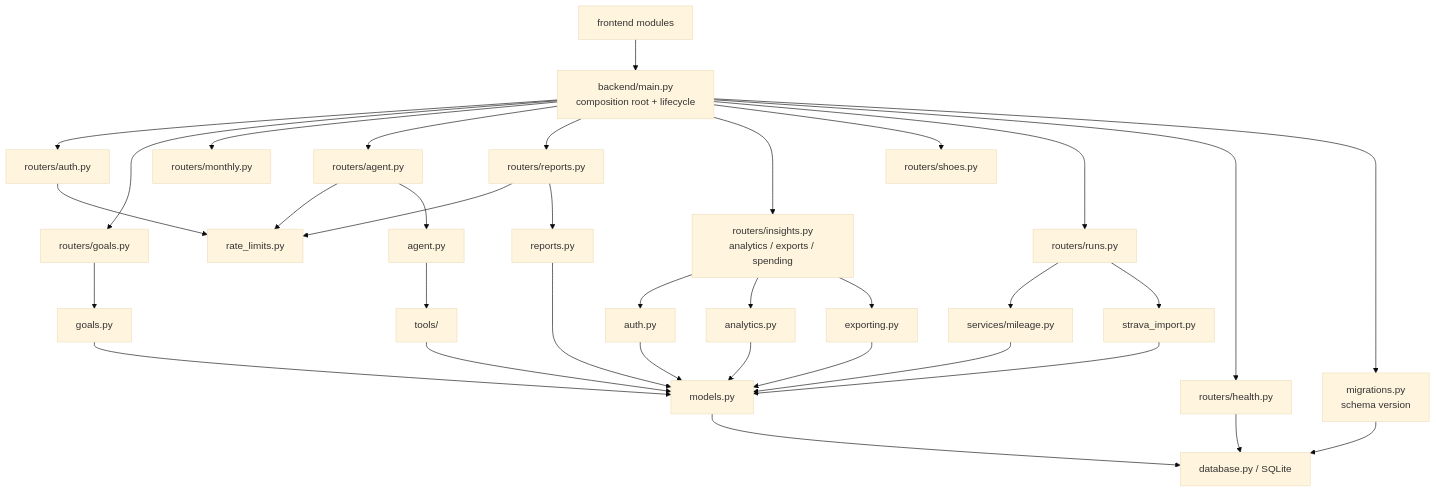
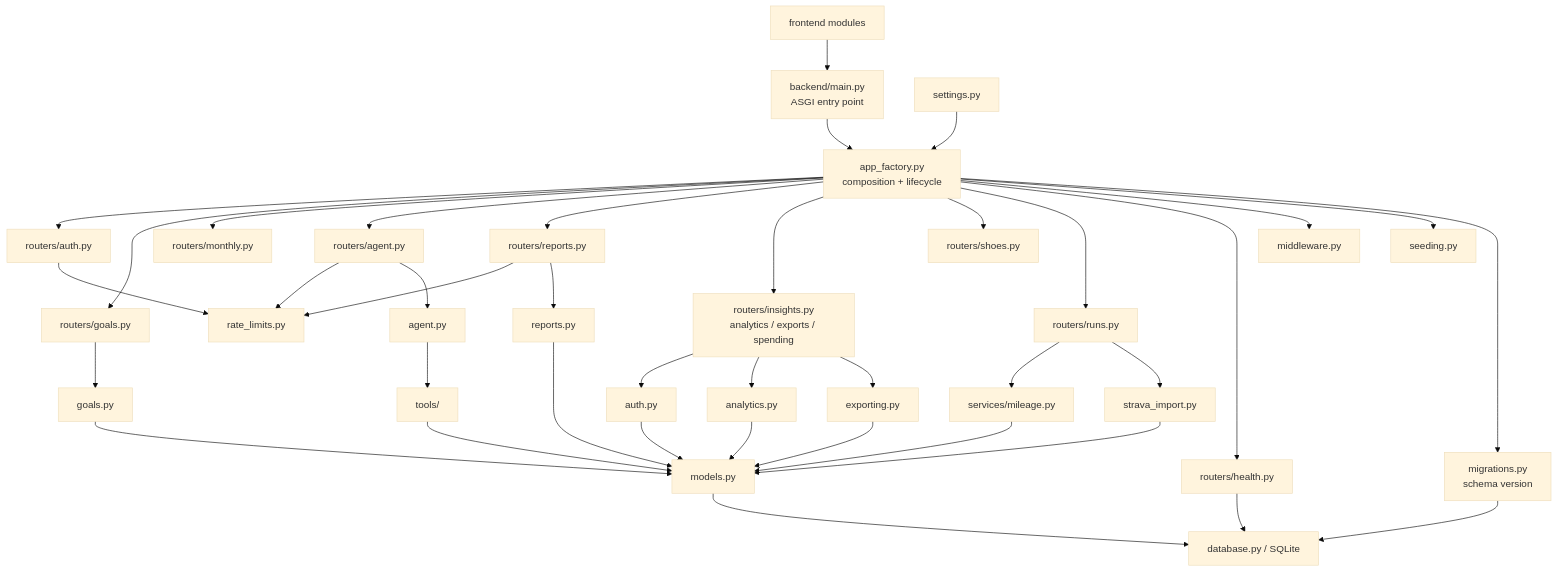
One commit to Teng91/running-shoes changed the second of 3 diagrams in docs/architecture.md. Above: the diagram before and after it, drawn with Mermaid (base theme). The commit also changed other lines of this file and 29 other files, not shown here.

Commit message:
refactor: introduce app factory and typed settings

````diff
--- a/docs/architecture.md
+++ b/docs/architecture.md
@@ -28,40 +29,43 @@
 ```mermaid
 flowchart TB
-    Browser[frontend modules] --> Main[backend/main.py<br/>composition root + lifecycle]
-
-    Main --> AuthRoutes[routers/auth.py]
-    Main --> GoalRoutes[routers/goals.py]
-    Main --> MonthlyRoutes[routers/monthly.py]
-    Main --> AgentRoutes[routers/agent.py]
-    Main --> ReportRoutes[routers/reports.py]
-    Main --> Insights[routers/insights.py<br/>analytics / exports / spending]
-    Main --> Shoes[routers/shoes.py]
-    Main --> Runs[routers/runs.py]
-    Main --> Health[routers/health.py]
+    Browser[frontend modules] --> Main[backend/main.py<br/>ASGI entry point]
+    Main --> Factory[app_factory.py<br/>composition + lifecycle]
+    Settings[settings.py] --> Factory
+    Factory --> AuthRoutes[routers/auth.py]
+    Factory --> GoalRoutes[routers/goals.py]
+    Factory --> MonthlyRoutes[routers/monthly.py]
+    Factory --> AgentRoutes[routers/agent.py]
+    Factory --> ReportRoutes[routers/reports.py]
+    Factory --> Insights[routers/insights.py<br/>analytics / exports / spending]
+    Factory --> Shoes[routers/shoes.py]
+    Factory --> Runs[routers/runs.py]
+    Factory --> Health[routers/health.py]
+    Factory --> Middleware[middleware.py]
+    Factory --> Seed[seeding.py]
     Runs --> Mileage[services/mileage.py]
     AuthRoutes --> Limits[rate_limits.py]
     AgentRoutes --> Limits
     ReportRoutes --> Limits
     AgentRoutes --> AI[agent.py]
     ReportRoutes --> Reports[reports.py]
 
     Insights --> Auth[auth.py]
     Insights --> Analytics[analytics.py]
     Insights --> Exporting[exporting.py]
     GoalRoutes --> Goals[goals.py]
     Runs --> Strava[strava_import.py]
     AI --> Tools[tools/]
 
     Auth --> Models[models.py]
     Analytics --> Models
     Exporting --> Models
     Goals --> Models
     Strava --> Models
     Reports --> Models
     Tools --> Models
     Mileage --> Models
     Models --> Database[database.py / SQLite]
-    Main --> Migrations[migrations.py<br/>schema version]
+    Factory --> Migrations[migrations.py<br/>schema version]
     Health --> Database
     Migrations --> Database
 ```
````
